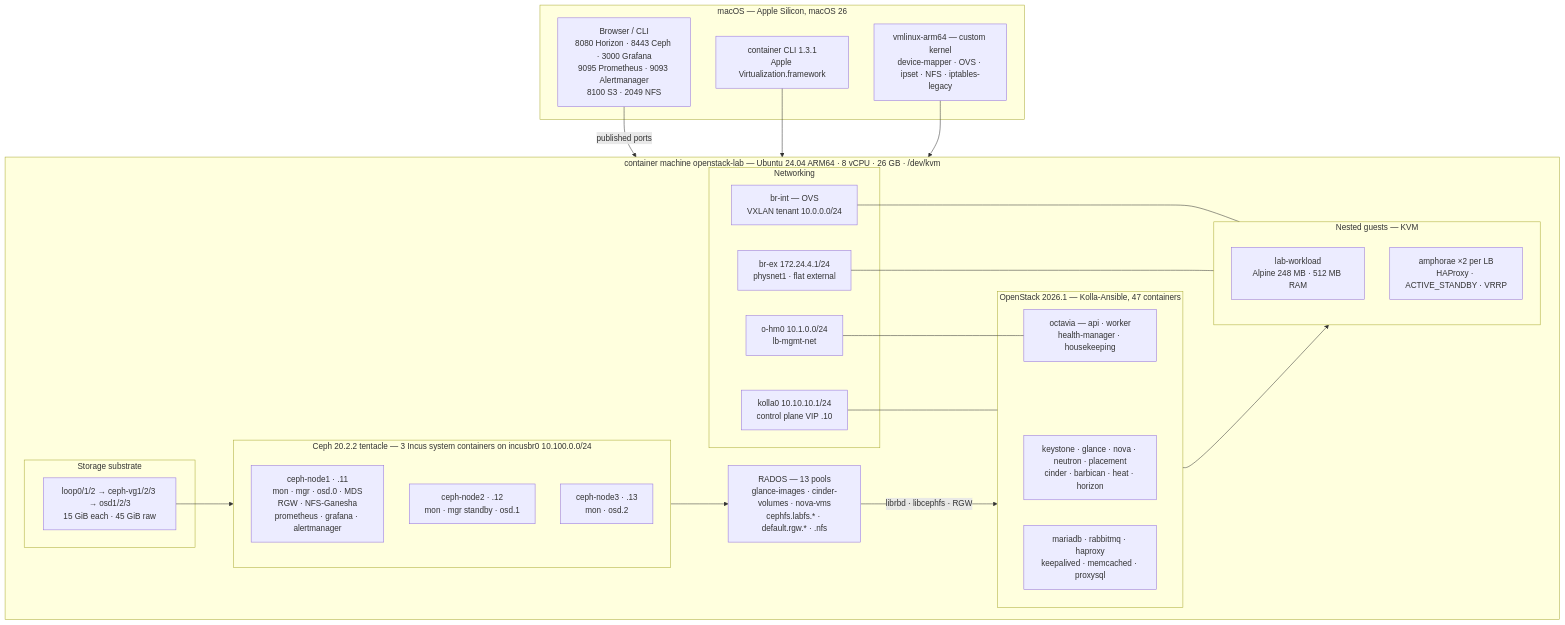
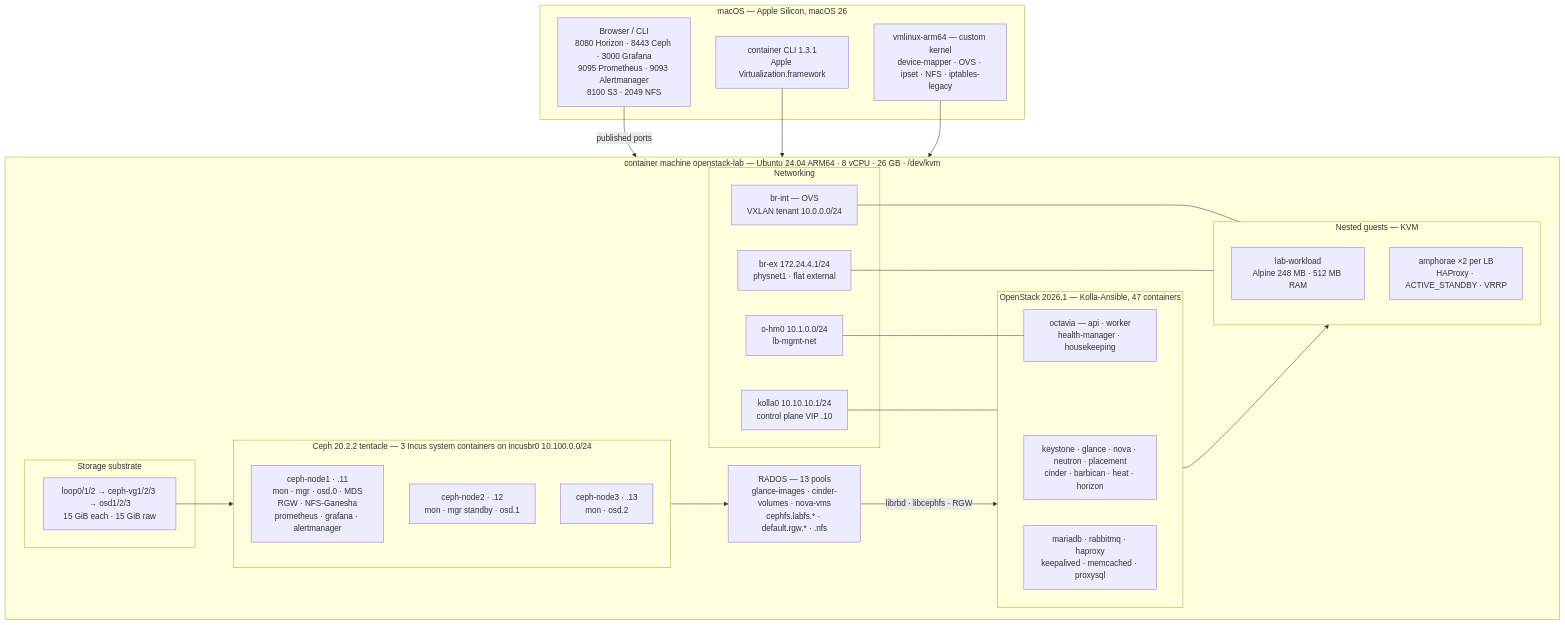
Before and after one commit to kovjanos/openstack-ceph-lab: the diagram in README.md, drawn with Mermaid. The commit also changed other lines of this file and 13 other files, not shown here.

````diff
--- a/README.md
+++ b/README.md
@@ -29,54 +29,54 @@
 ```mermaid
 flowchart TB
 
 subgraph MAC["macOS — Apple Silicon, macOS 26"]
   BROWSER["Browser / CLI<br/>8080 Horizon · 8443 Ceph · 3000 Grafana<br/>9095 Prometheus · 9093 Alertmanager<br/>8100 S3 · 2049 NFS"]
   CTL["container CLI 1.3.1<br/>Apple Virtualization.framework"]
   KERN["vmlinux-arm64 — custom kernel<br/>device-mapper · OVS · ipset · NFS · iptables-legacy"]
 end
 
 subgraph VM["container machine openstack-lab — Ubuntu 24.04 ARM64 · 8 vCPU · 26 GB · /dev/kvm"]
 
   subgraph DISK["Storage substrate"]
-    LVM["loop0/1/2 → ceph-vg1/2/3 → osd1/2/3<br/>15 GiB each · 45 GiB raw"]
+    LVM["loop0/1/2 → ceph-vg1/2/3 → osd1/2/3<br/>15 GiB each · 15 GiB raw"]
   end
 
   subgraph CEPHC["Ceph 20.2.2 tentacle — 3 Incus system containers on incusbr0 10.100.0.0/24"]
     N1["ceph-node1 · .11<br/>mon · mgr · osd.0 · MDS<br/>RGW · NFS-Ganesha<br/>prometheus · grafana · alertmanager"]
     N2["ceph-node2 · .12<br/>mon · mgr standby · osd.1"]
     N3["ceph-node3 · .13<br/>mon · osd.2"]
   end
 
   RADOS["RADOS — 13 pools<br/>glance-images · cinder-volumes · nova-vms<br/>cephfs.labfs.* · default.rgw.* · .nfs"]
 
   subgraph OSTACK["OpenStack 2026.1 — Kolla-Ansible, 47 containers"]
     CORE["keystone · glance · nova · neutron · placement<br/>cinder · barbican · heat · horizon"]
     OCT["octavia — api · worker<br/>health-manager · housekeeping"]
     INFRA["mariadb · rabbitmq · haproxy<br/>keepalived · memcached · proxysql"]
   end
 
   subgraph NETW["Networking"]
     K0["kolla0 10.10.10.1/24<br/>control plane VIP .10"]
     BREX["br-ex 172.24.4.1/24<br/>physnet1 · flat external"]
     BRINT["br-int — OVS<br/>VXLAN tenant 10.0.0.0/24"]
     OHM["o-hm0 10.1.0.0/24<br/>lb-mgmt-net"]
   end
 
   subgraph GUESTS["Nested guests — KVM"]
     WL["lab-workload<br/>Alpine 248 MB · 512 MB RAM"]
     AMP["amphorae ×2 per LB<br/>HAProxy · ACTIVE_STANDBY · VRRP"]
   end
 end
 
 BROWSER -->|"published ports"| VM
 CTL --> VM
 KERN --> VM
 LVM --> CEPHC
 CEPHC --> RADOS
 RADOS -->|"librbd · libcephfs · RGW"| OSTACK
 OSTACK --> GUESTS
 K0 --- OSTACK
 BREX --- GUESTS
 BRINT --- GUESTS
 OHM --- OCT
 ```
````
